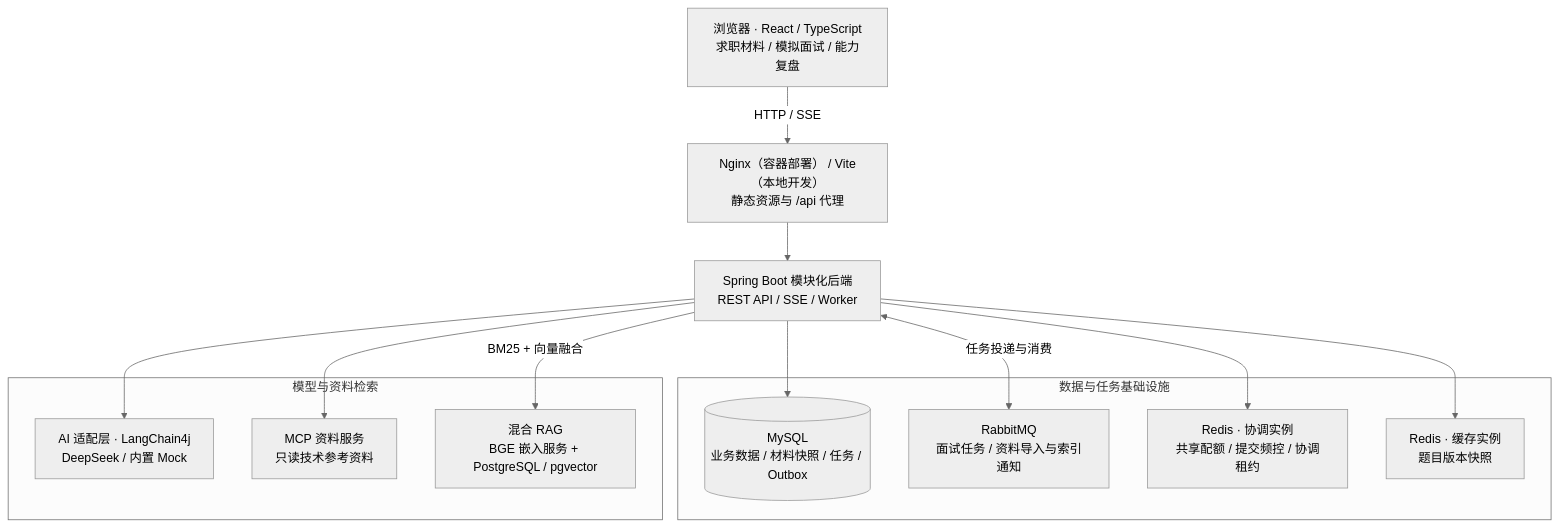
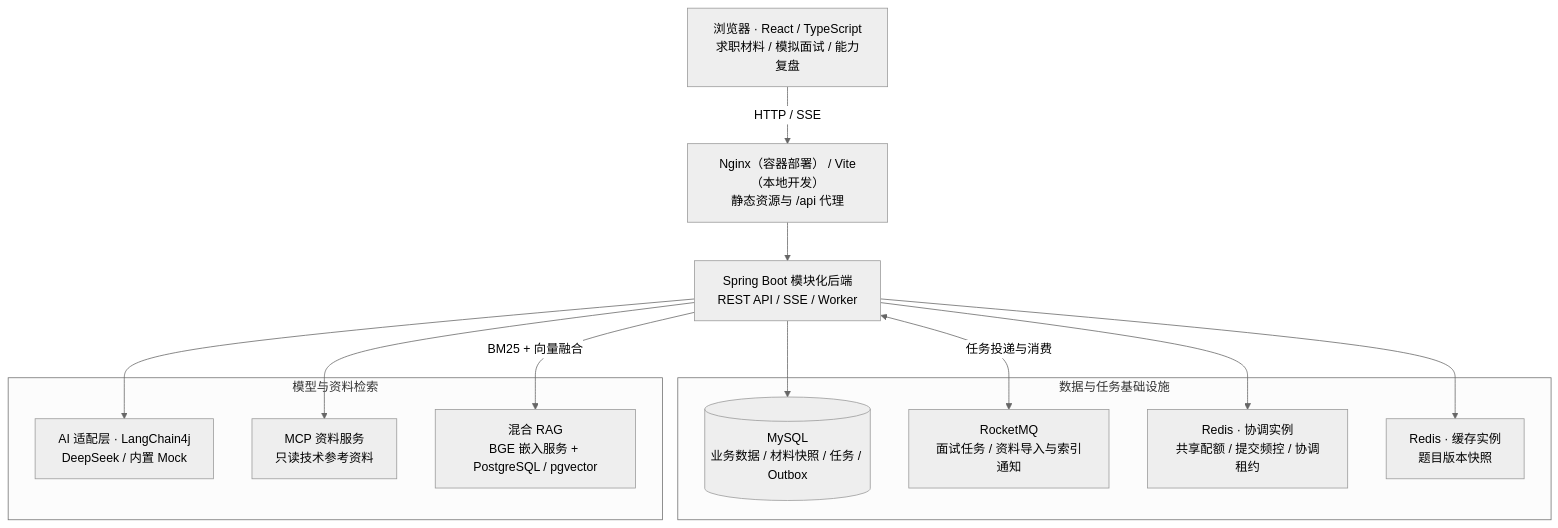
The first of 2 diagrams in README.md (nut9527/interview-agent), drawn with Mermaid (neutral theme) before and after one commit. The commit also changed other lines of this file and 211 other files, not shown here.

````diff
--- a/README.md
+++ b/README.md
@@ -25,30 +25,30 @@
 ```mermaid
 flowchart TB
     Web["浏览器 · React / TypeScript<br/>求职材料 / 模拟面试 / 能力复盘"]
     Entry["Nginx（容器部署） / Vite（本地开发）<br/>静态资源与 /api 代理"]
     App["Spring Boot 模块化后端<br/>REST API / SSE / Worker"]
 
     Web -->|"HTTP / SSE"| Entry
     Entry --> App
 
     subgraph Data["数据与任务基础设施"]
         MySQL[("MySQL<br/>业务数据 / 材料快照 / 任务 / Outbox")]
-        MQ["RabbitMQ<br/>面试任务 / 资料导入与索引通知"]
+        MQ["RocketMQ<br/>面试任务 / 资料导入与索引通知"]
         Coordination["Redis · 协调实例<br/>共享配额 / 提交频控 / 协调租约"]
         Cache["Redis · 缓存实例<br/>题目版本快照"]
     end
 
     subgraph Intelligence["模型与资料检索"]
         Model["AI 适配层 · LangChain4j<br/>DeepSeek / 内置 Mock"]
         MCP["MCP 资料服务<br/>只读技术参考资料"]
         RAG["混合 RAG<br/>BGE 嵌入服务 + PostgreSQL / pgvector"]
     end
 
     App --> MySQL
     App <-->|"任务投递与消费"| MQ
     App --> Coordination
     App --> Cache
     App --> Model
     App --> MCP
     App -->|"BM25 + 向量融合"| RAG
 ```
````
